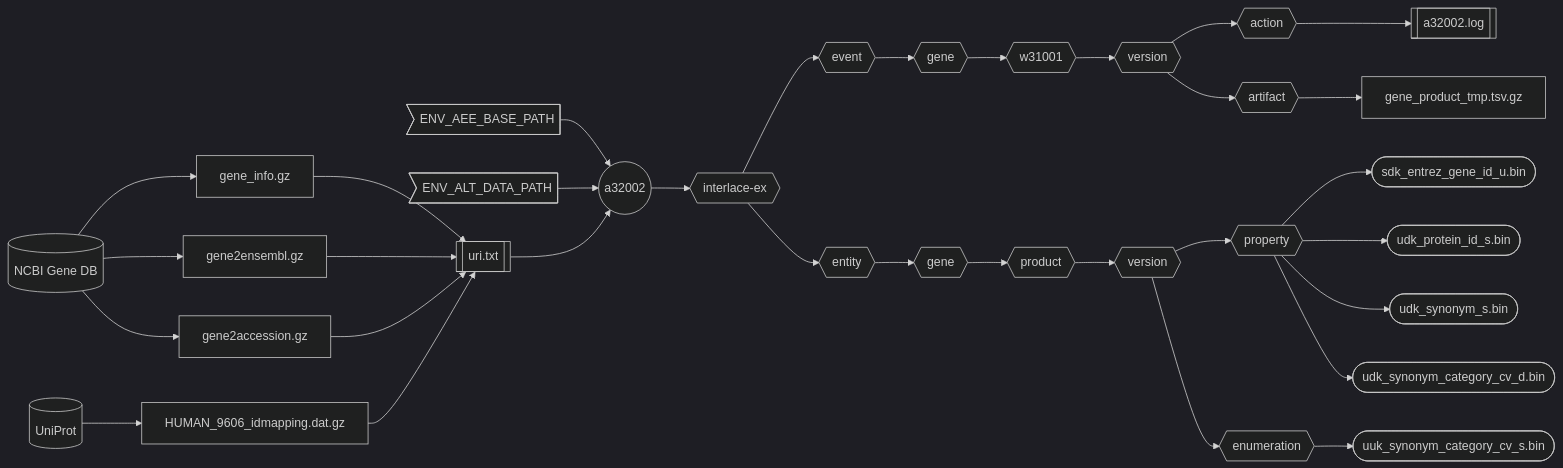
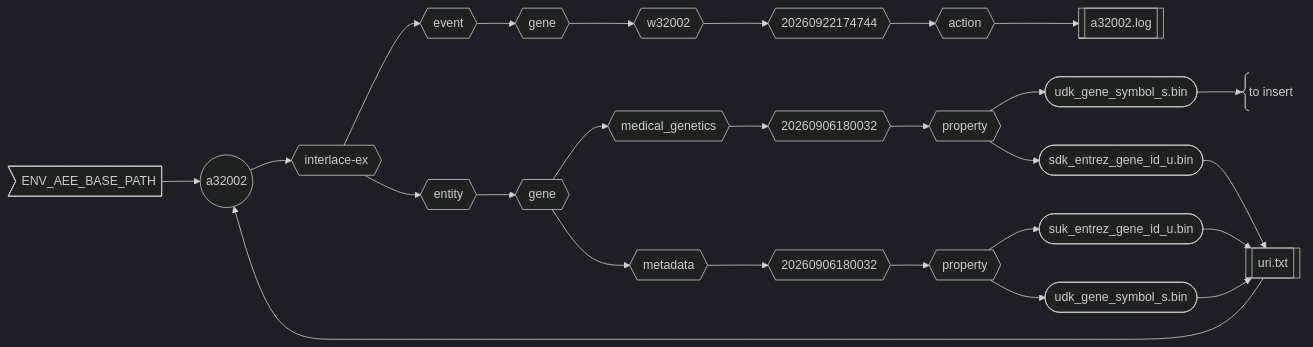
The diagram in cmd/a32002/README.md (sas-quantome/interlace-do), drawn with Mermaid (dark theme) before and after one commit. The commit also changed other lines of this file and 24 other files, not shown here.

````diff
--- a/cmd/a32002/README.md
+++ b/cmd/a32002/README.md
@@ -7,34 +7,28 @@
 ```mermaid
 flowchart LR
-    db1[(NCBI Gene DB)] --> gene_info.gz
-    db1[(NCBI Gene DB)] --> gene2ensembl.gz
-    db1[(NCBI Gene DB)] --> gene2accession.gz
-    db2[(UniProt)] --> HUMAN_9606_idmapping.dat.gz
     env1>ENV_AEE_BASE_PATH] --> app((a32002))
-    env2>ENV_ALT_DATA_PATH] --> app((a32002))
     uri[[uri.txt]] --> app((a32002))
-    gene_info.gz --> uri[[uri.txt]]
-    gene2ensembl.gz --> uri[[uri.txt]]
-    gene2accession.gz --> uri[[uri.txt]]
-    HUMAN_9606_idmapping.dat.gz --> uri[[uri.txt]]
-    app((a32002)) --> ds{{interlace-ex}}
+     app((a32002)) --> ds{{interlace-ex}}
     ds{{interlace-ex}} --> work{{event}}
     ds{{interlace-ex}} --> data{{entity}}
     work{{event}} --> workEntity{{gene}}
     data{{entity}} --> dataEntity{{gene}}
-    workEntity{{gene}} --> workAsset{{w31001}}
-    dataEntity{{gene}} --> dataAsset{{product}}
-    workAsset{{w31001}} --> workRelease{{version}}
-    dataAsset{{product}} --> dataRelease{{version}}
-    workRelease{{version}} --> action{{action}}
-    workRelease{{version}} --> artifact{{artifact}}
-    dataRelease{{version}} --> prop{{property}}
-    dataRelease{{version}} --> enum{{enumeration}}
+    workEntity{{gene}} --> workAsset{{w32002}}
+    dataEntity{{gene}} --> dataAsset1{{metadata}}
+    dataEntity{{gene}} --> dataAsset{{medical_genetics}}
+    workAsset{{w32002}} --> workRelease{{20260906180032}}
+    dataAsset1{{metadata}} --> dataRelease1{{20260906180032}}
+    dataAsset{{medical_genetics}} --> dataRelease{{20260906180032}}
+    workRelease{{20260922174744}} --> action{{action}}
+    dataRelease{{20260906180032}} --> prop{{property}}
+    dataRelease1{{20260906180032}} --> prop1{{property}}
     action{{action}} --> log[[a32002.log]]
-    artifact{{artifact}} --> gene_product_tmp.tsv.gz
+    prop{{property}} --> d2([udk_gene_symbol_s.bin])
+    d2([udk_gene_symbol_s.bin]) --> A@{ shape: comment, label: to insert }
     prop{{property}} --> d1([sdk_entrez_gene_id_u.bin])
-    prop{{property}} --> d2([udk_protein_id_s.bin])
-    prop{{property}} --> d3([udk_synonym_s.bin])
-    prop{{property}} --> d4([udk_synonym_category_cv_d.bin])
-    enum{{enumeration}} --> e1([uuk_synonym_category_cv_s.bin])
+    prop1{{property}} --> d3([suk_entrez_gene_id_u.bin])
+    prop1{{property}} --> d4([udk_gene_symbol_s.bin])
+    d1([sdk_entrez_gene_id_u.bin]) --> uri[[uri.txt]]
+    d3([suk_entrez_gene_id_u.bin]) --> uri[[uri.txt]]
+    d4([udk_gene_symbol_s.bin]) --> uri[[uri.txt]]
 ```
````
